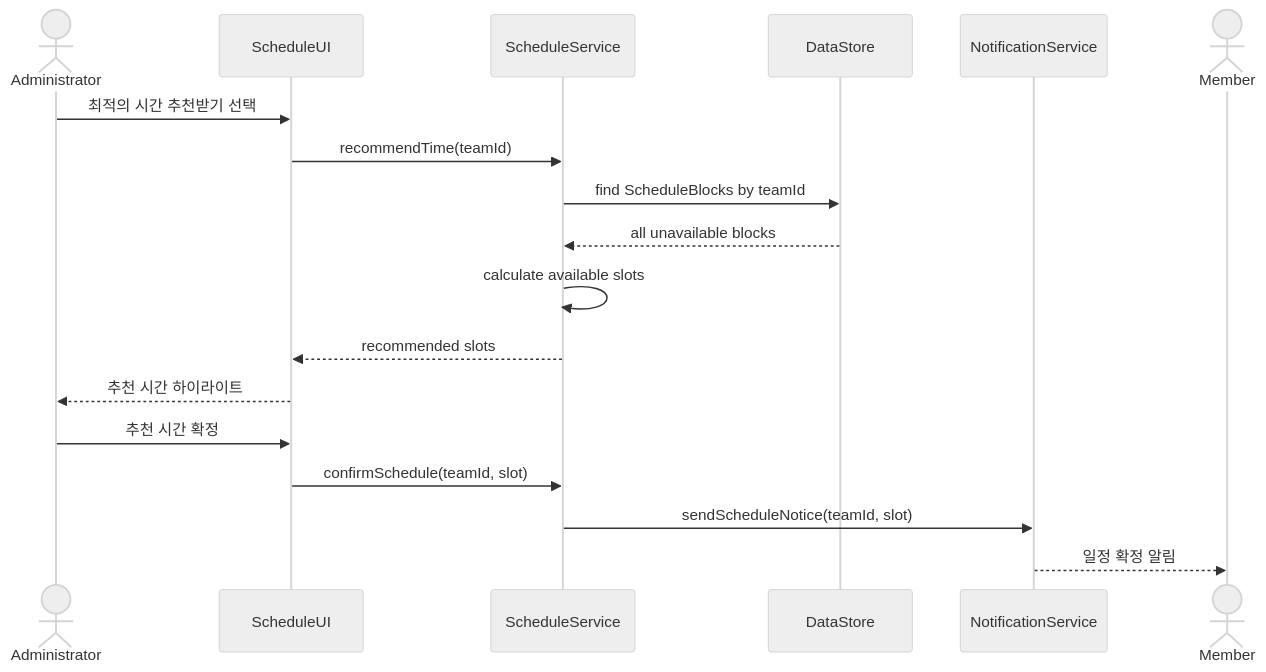
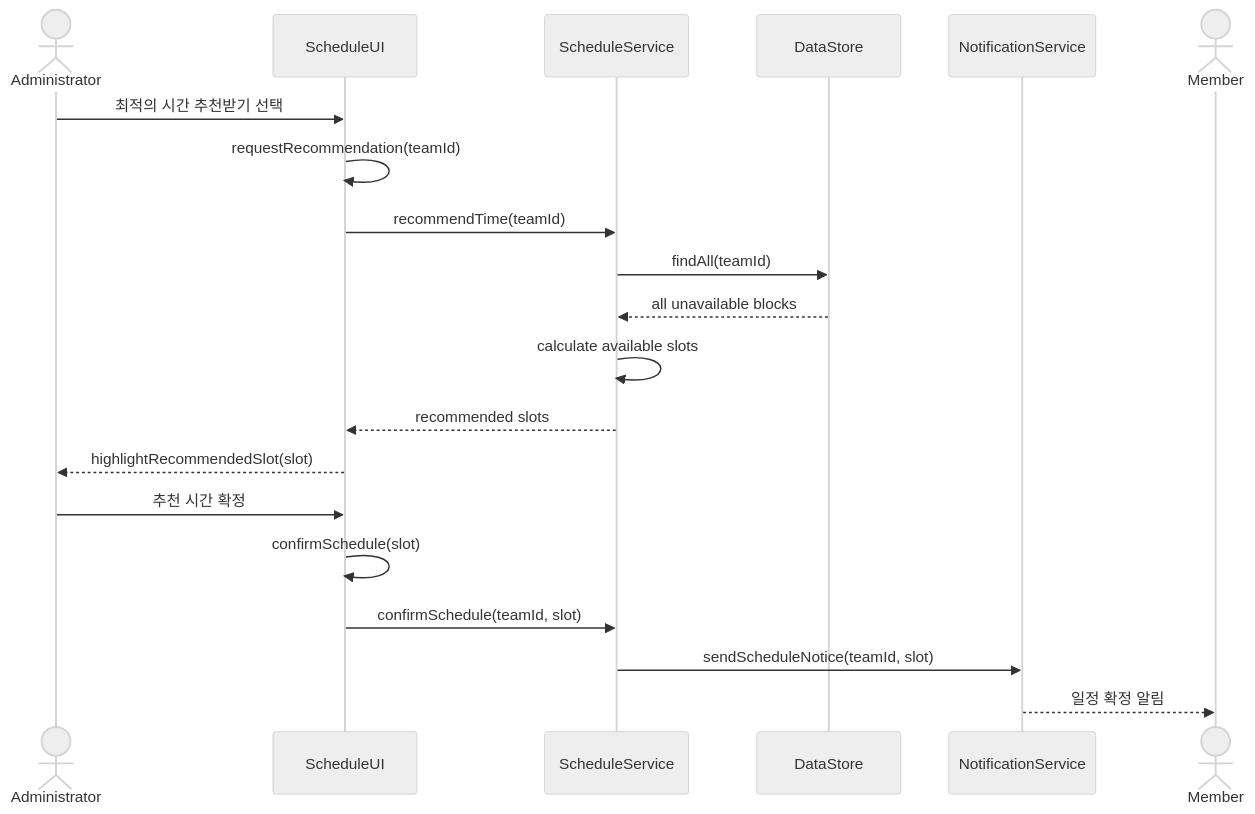
The seventh of 16 diagrams in Design_22411923_홍주은.md (goldong23/Jo-Yul), drawn with Mermaid (neutral theme) before and after one commit. The commit also changed other lines of this file, not shown here.

Commit message:
UML 다이어그램 강의 규칙 반영

````diff
--- a/Design_22411923_홍주은.md
+++ b/Design_22411923_홍주은.md
@@ -378,21 +448,23 @@
 ```mermaid
 sequenceDiagram
     actor Administrator
     participant ScheduleUI
     participant ScheduleService
     participant DataStore
     participant NotificationService
     actor Member
 
     Administrator->>ScheduleUI: 최적의 시간 추천받기 선택
+    ScheduleUI->>ScheduleUI: requestRecommendation(teamId)
     ScheduleUI->>ScheduleService: recommendTime(teamId)
-    ScheduleService->>DataStore: find ScheduleBlocks by teamId
+    ScheduleService->>DataStore: findAll(teamId)
     DataStore-->>ScheduleService: all unavailable blocks
     ScheduleService->>ScheduleService: calculate available slots
     ScheduleService-->>ScheduleUI: recommended slots
-    ScheduleUI-->>Administrator: 추천 시간 하이라이트
+    ScheduleUI-->>Administrator: highlightRecommendedSlot(slot)
     Administrator->>ScheduleUI: 추천 시간 확정
+    ScheduleUI->>ScheduleUI: confirmSchedule(slot)
     ScheduleUI->>ScheduleService: confirmSchedule(teamId, slot)
     ScheduleService->>NotificationService: sendScheduleNotice(teamId, slot)
     NotificationService-->>Member: 일정 확정 알림
 ```
````
